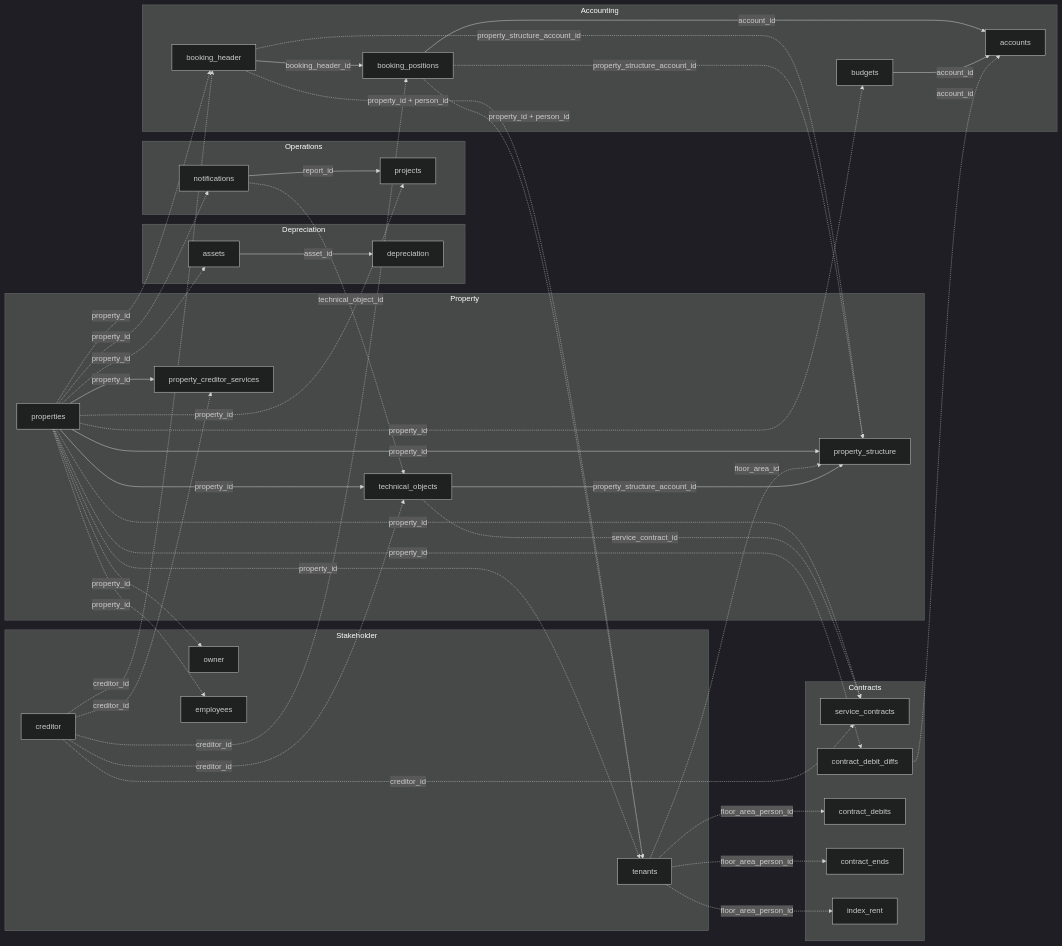
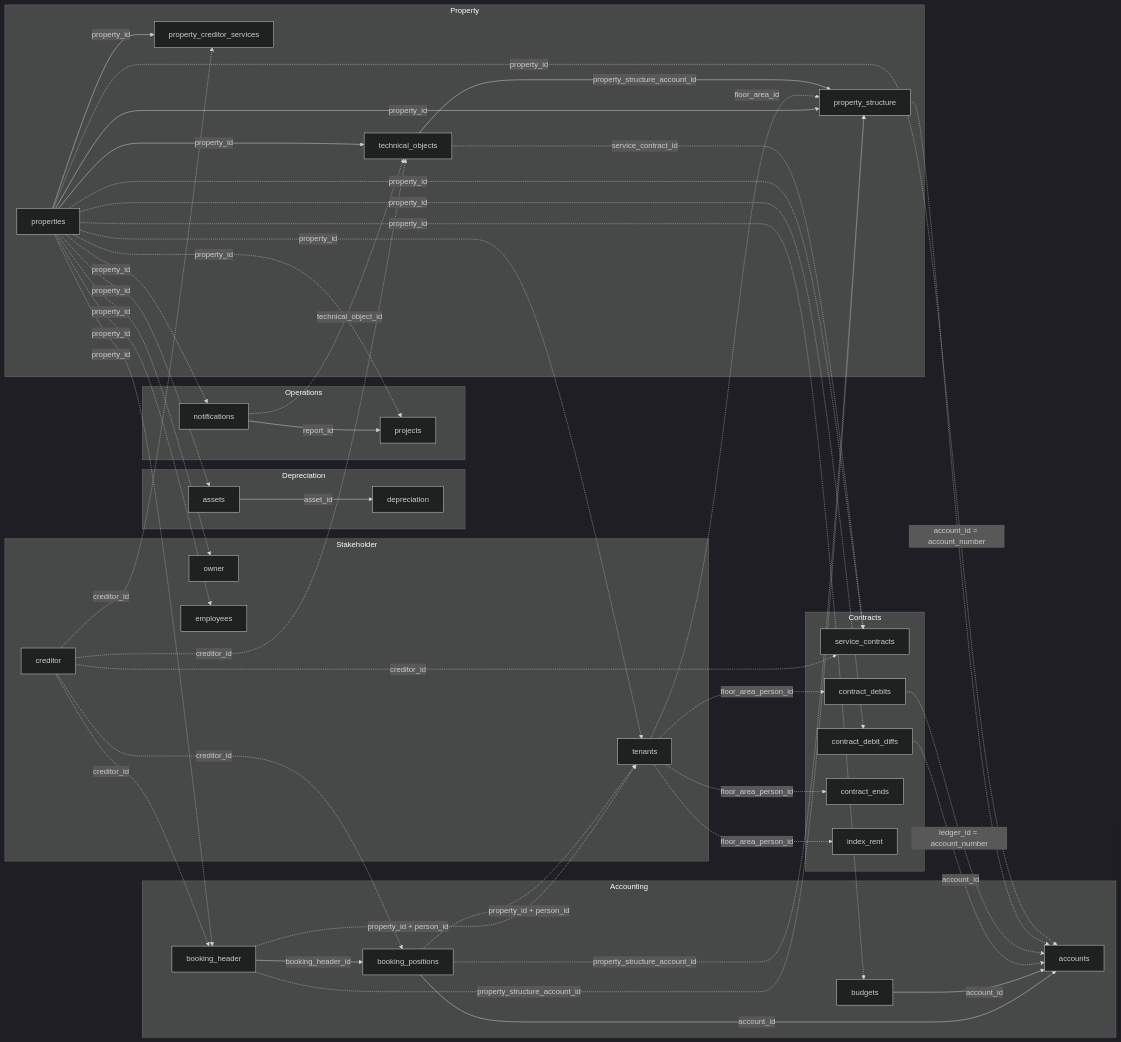
Before and after one commit to Trassets-ai/api-docs: the diagram in de/v1/data-model/overview.mdx, drawn with Mermaid (dark theme). The commit also changed other lines of this file and 4 other files, not shown here.

````diff
--- a/de/v1/data-model/overview.mdx
+++ b/de/v1/data-model/overview.mdx
@@ -42,79 +54,82 @@
 ```mermaid
 graph LR
   subgraph Property
     properties["properties"]
     technical_objects["technical_objects"]
     property_creditor_services["property_creditor_services"]
     property_structure["property_structure"]
   end
 
   subgraph Accounting
     booking_header["booking_header"]
     booking_positions["booking_positions"]
     accounts["accounts"]
     budgets["budgets"]
   end
 
   subgraph Contracts
     service_contracts["service_contracts"]
     contract_debit_diffs["contract_debit_diffs"]
     contract_debits["contract_debits"]
     contract_ends["contract_ends"]
     index_rent["index_rent"]
   end
 
   subgraph Depreciation
     assets["assets"]
     depreciation["depreciation"]
   end
 
   subgraph Operations
     notifications["notifications"]
     projects["projects"]
   end
 
   subgraph Stakeholder
     creditor["creditor"]
     tenants["tenants"]
     owner["owner"]
     employees["employees"]
   end
 
   properties -.->|property_id| booking_header
   properties -.->|property_id| notifications
   properties -.->|property_id| projects
   properties -->|property_id| technical_objects
   properties -->|property_id| property_creditor_services
   properties -->|property_id| property_structure
   properties -.->|property_id| budgets
   properties -.->|property_id| tenants
   properties -.->|property_id| owner
   properties -.->|property_id| employees
   properties -.->|property_id| service_contracts
   properties -.->|property_id| contract_debit_diffs
   properties -.->|property_id| assets
 
   booking_header -->|booking_header_id| booking_positions
   booking_positions -->|account_id| accounts
   budgets -->|account_id| accounts
   contract_debit_diffs -.->|account_id| accounts
+  contract_debits -.->|ledger_id = account_number| accounts
+  property_structure -.->|account_id = account_number| accounts
+  properties -.->|property_id| accounts
   notifications -.->|technical_object_id| technical_objects
   notifications -->|report_id| projects
   technical_objects -.->|service_contract_id| service_contracts
   booking_header -.->|property_id + person_id| tenants
   booking_positions -.->|property_id + person_id| tenants
   tenants -.->|floor_area_person_id| contract_debits
   tenants -.->|floor_area_person_id| contract_ends
   tenants -.->|floor_area_person_id| index_rent
   tenants -.->|floor_area_id| property_structure
   booking_header -.->|property_structure_account_id| property_structure
   booking_positions -.->|property_structure_account_id| property_structure
   technical_objects -->|property_structure_account_id| property_structure
   assets -->|asset_id| depreciation
 
   creditor -.->|creditor_id| technical_objects
   creditor -.->|creditor_id| property_creditor_services
   creditor -.->|creditor_id| service_contracts
   creditor -.->|creditor_id| booking_header
   creditor -.->|creditor_id| booking_positions
 ```
````
